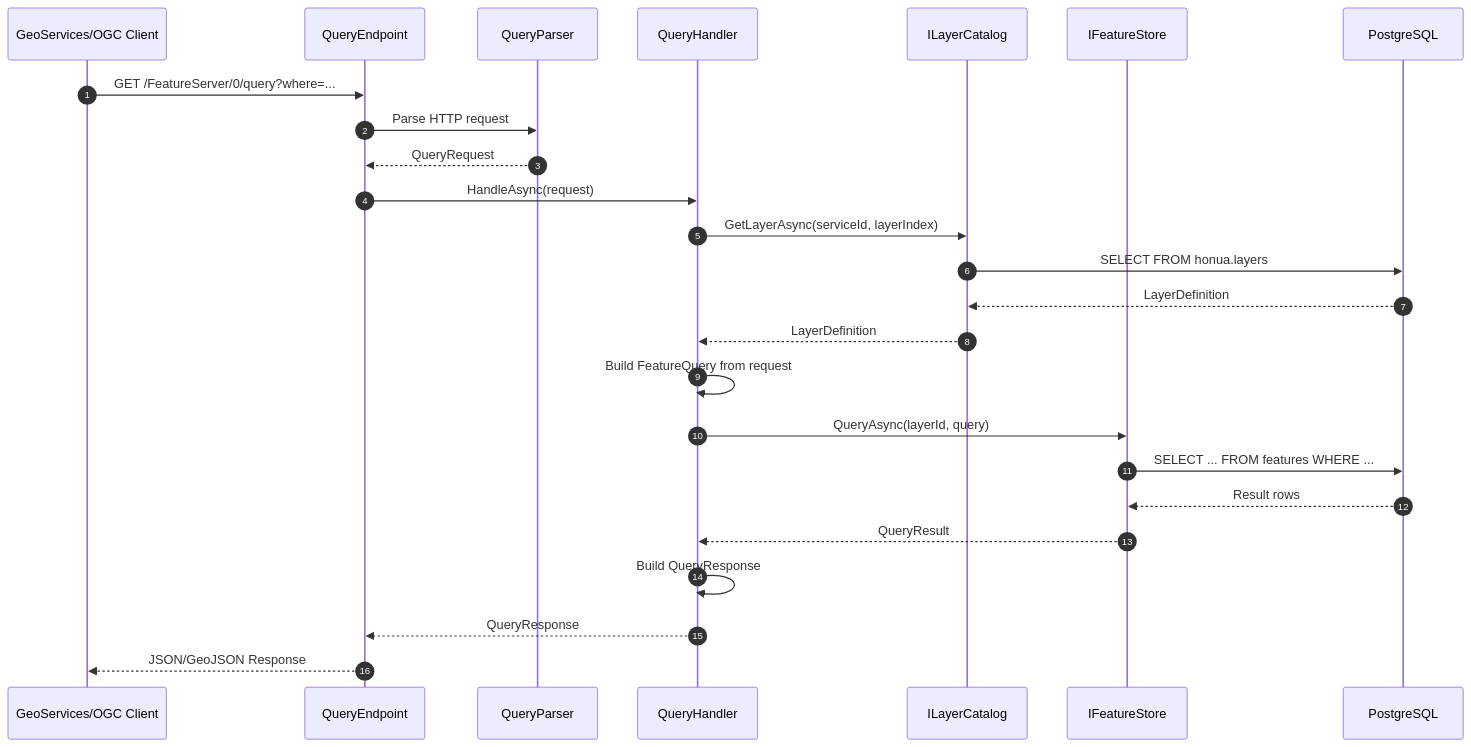
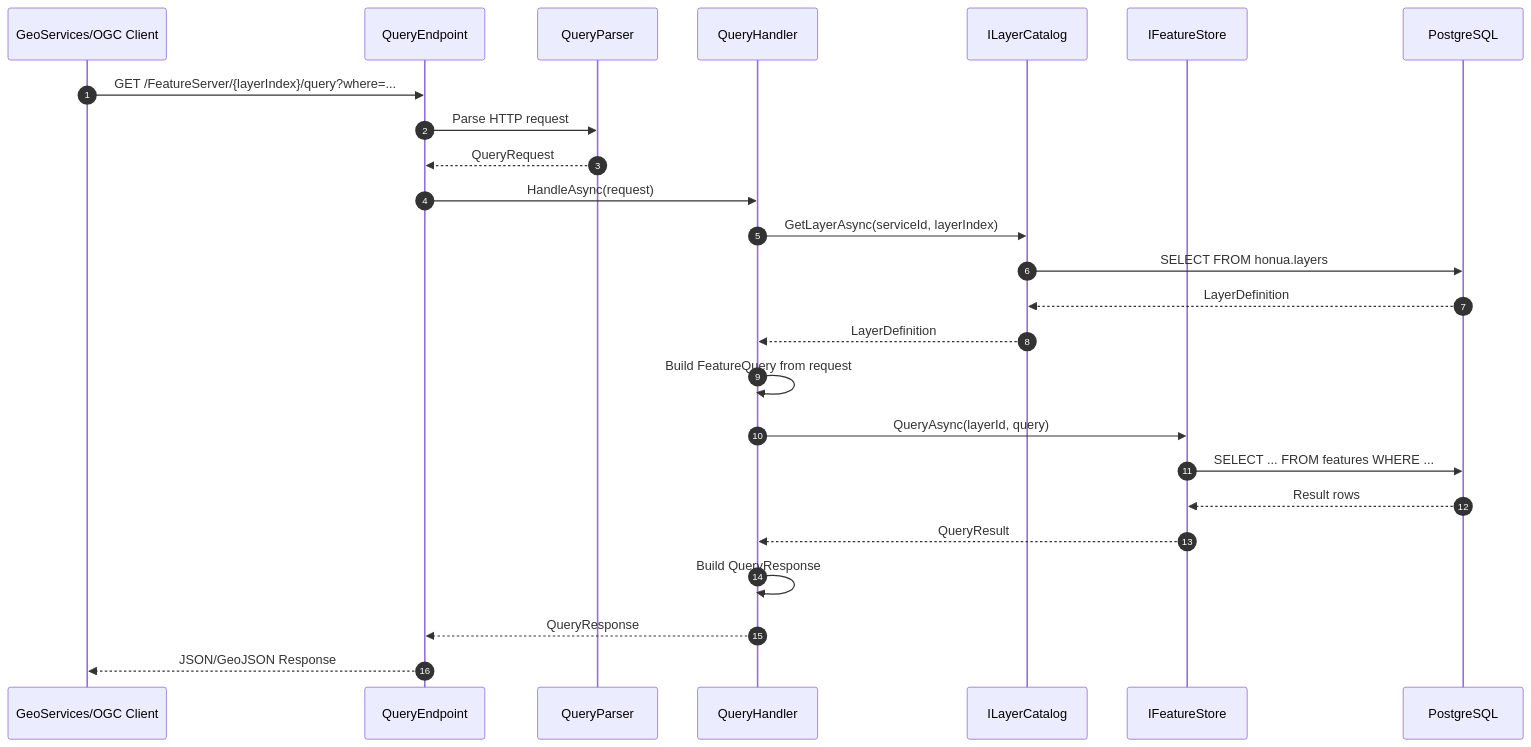
The sixth of 12 diagrams in docs/concepts/architecture-diagrams.md (honua-io/honua-server), drawn with Mermaid before and after one commit. The commit also changed 13 other files, not shown here.

First line of the commit message:
docs(geoservices): take the layer index from the service document, not /0 (#7896)

````diff
--- a/docs/concepts/architecture-diagrams.md
+++ b/docs/concepts/architecture-diagrams.md
@@ -252,31 +252,31 @@
 ```mermaid
 sequenceDiagram
     autonumber
     participant Client as GeoServices/OGC Client
     participant EP as QueryEndpoint
     participant Parser as QueryParser
     participant Handler as QueryHandler
     participant Catalog as ILayerCatalog
     participant Store as IFeatureStore
     participant PG as PostgreSQL
 
-    Client->>EP: GET /FeatureServer/0/query?where=...
+    Client->>EP: GET /FeatureServer/{layerIndex}/query?where=...
     EP->>Parser: Parse HTTP request
     Parser-->>EP: QueryRequest
 
     EP->>Handler: HandleAsync(request)
     Handler->>Catalog: GetLayerAsync(serviceId, layerIndex)
     Catalog->>PG: SELECT FROM honua.layers
     PG-->>Catalog: LayerDefinition
     Catalog-->>Handler: LayerDefinition
 
     Handler->>Handler: Build FeatureQuery from request
     Handler->>Store: QueryAsync(layerId, query)
     Store->>PG: SELECT ... FROM features WHERE ...
     PG-->>Store: Result rows
     Store-->>Handler: QueryResult
 
     Handler->>Handler: Build QueryResponse
     Handler-->>EP: QueryResponse
     EP-->>Client: JSON/GeoJSON Response
 ```
````
